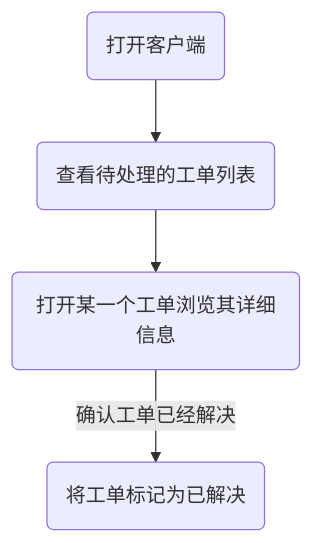
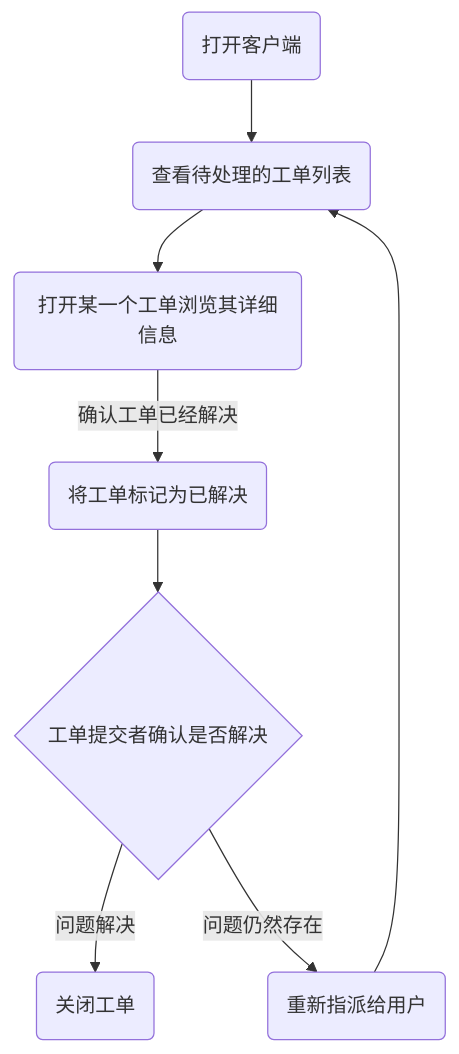
One commit to Pylogmon/committer changed the third of 3 diagrams in docs/需求分析.md. Above: the diagram before and after it, drawn with Mermaid. The commit also changed other lines of this file, not shown here.

````diff
--- a/docs/需求分析.md
+++ b/docs/需求分析.md
@@ -101,7 +100,10 @@
 ```mermaid
 graph TB
   start1(打开客户端) --> list(查看待处理的工单列表)
   list --> view(打开某一个工单浏览其详细信息)
   view --确认工单已经解决--> complete(将工单标记为已解决)
-  
+  complete --> confirm{工单提交者确认是否解决}
+  confirm --问题解决--> close(关闭工单)
+  confirm --问题仍然存在--> assigned(重新指派给用户)
+  assigned --> list
 ```
````
